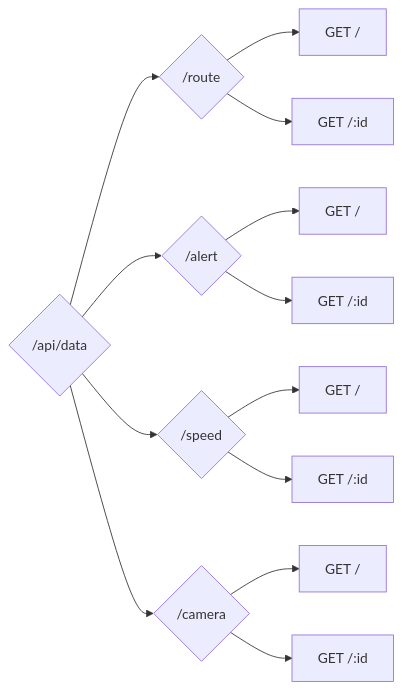
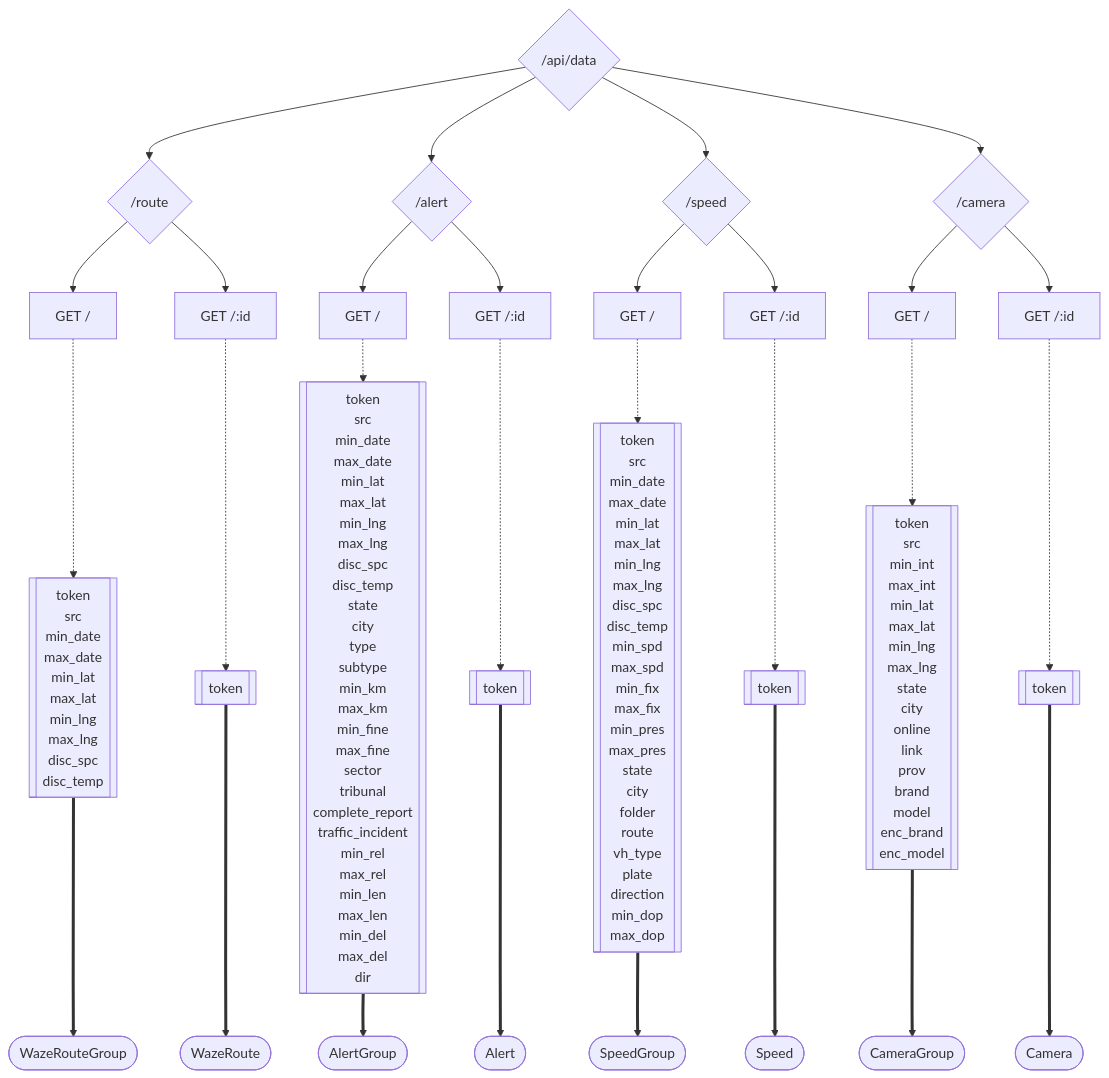
The second of 3 diagrams in README.md (Proyecto-transporte-UBB/api-structure), drawn with Mermaid before and after one commit. The commit also changed other lines of this file, not shown here.

Commit message:
Create .gitconfig

````diff
--- a/README.md
+++ b/README.md
@@ -853,9 +909,94 @@
 ```mermaid
-flowchart LR
+flowchart TD
     base{/api/data} -->
     use0{/route} & use1{/alert} & use2{/speed} & use3{/camera}
     use0 --> get00[GET /] & get01[GET /:id]
     use1 --> get10[GET /] & get11[GET /:id]
     use2 --> get20[GET /] & get21[GET /:id]
     use3 --> get30[GET /] & get31[GET /:id]
+    get00 -.-> query00[["token
+    src
+    min_date
+    max_date
+    min_lat
+    max_lat
+    min_lng
+    max_lng
+    disc_spc
+    disc_temp"]] ==> resp00([WazeRouteGroup])
+    get01 -.-> query01[["token"]] ==> resp01([WazeRoute])
+    get10 -.-> query10[["token
+    src
+    min_date
+    max_date
+    min_lat
+    max_lat
+    min_lng
+    max_lng
+    disc_spc
+    disc_temp
+    state
+    city
+    type
+    subtype
+    min_km
+    max_km
+    min_fine
+    max_fine
+    sector
+    tribunal
+    complete_report
+    traffic_incident
+    min_rel
+    max_rel
+    min_len
+    max_len
+    min_del
+    max_del
+    dir"]] ==> resp10([AlertGroup])
+    get11 -.-> query11[["token"]] ==> resp11([Alert])
+    get20 -.-> query20[["token
+    src
+    min_date
+    max_date
+    min_lat
+    max_lat
+    min_lng
+    max_lng
+    disc_spc
+    disc_temp
+    min_spd
+    max_spd
+    min_fix
+    max_fix
+    min_pres
+    max_pres
+    state
+    city
+    folder
+    route
+    vh_type
+    plate
+    direction
+    min_dop
+    max_dop"]] ==> resp20([SpeedGroup])
+    get21 -.-> query21[["token"]] ==> resp21([Speed])
+    get30 -.-> query30[["token
+    src
+    min_int
+    max_int
+    min_lat
+    max_lat
+    min_lng
+    max_lng
+    state
+    city
+    online
+    link
+    prov
+    brand
+    model
+    enc_brand
+    enc_model"]] ==> resp30([CameraGroup])
+    get31 -.-> query31[["token"]] ==> resp31([Camera])
 ```
````
